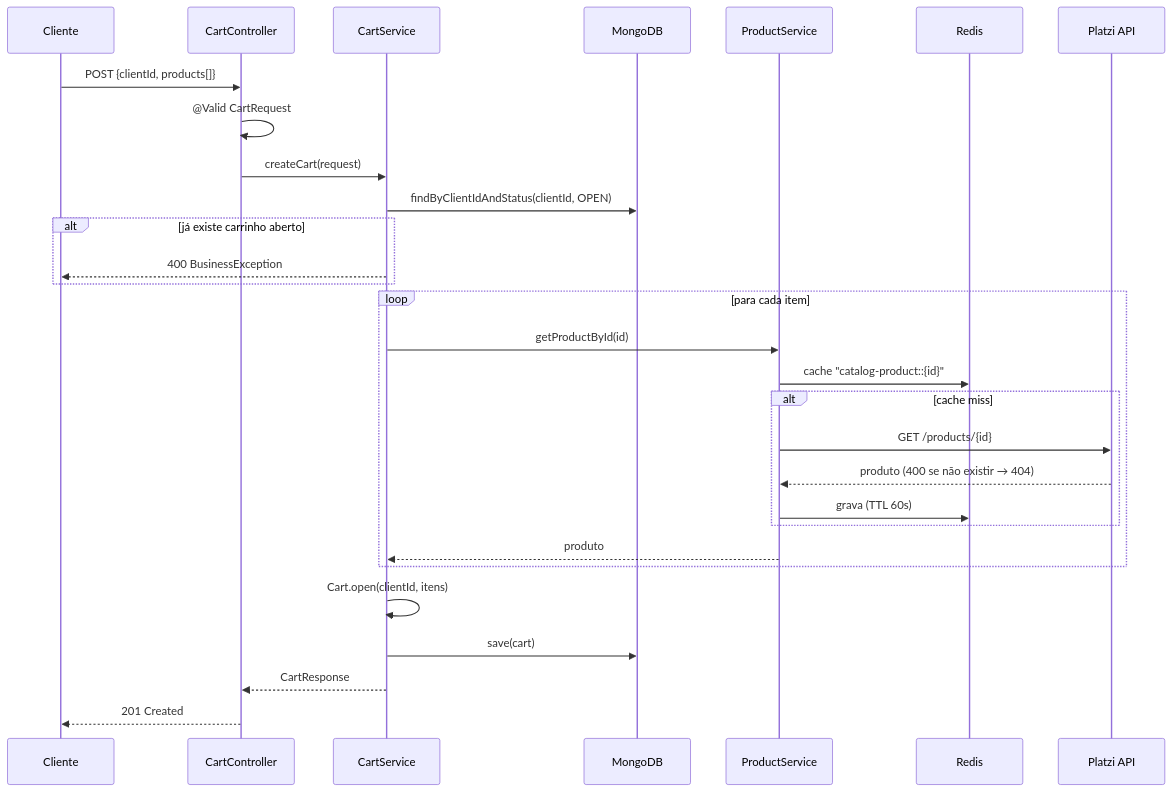
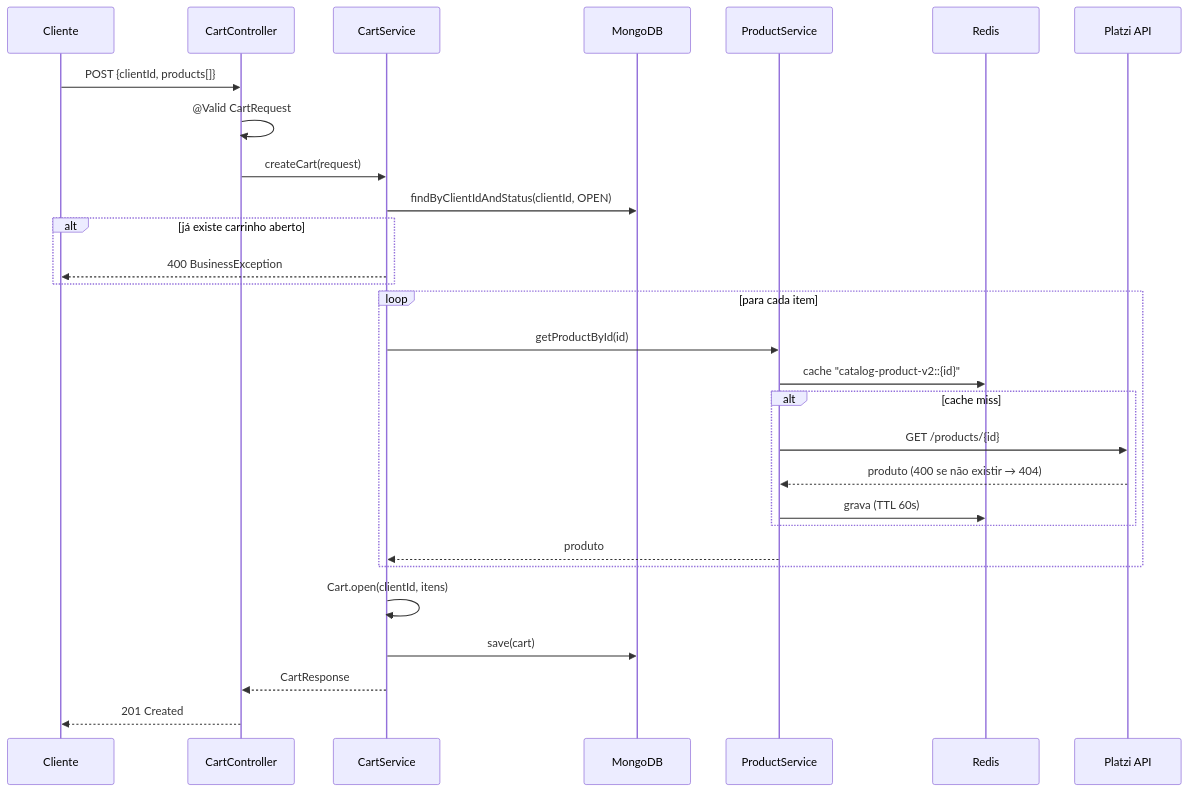
The fourth of 4 diagrams in docs/ARCHITECTURE.md (CarlosLonghi/API-ExpressCart), drawn with Mermaid before and after one commit. The commit also changed other lines of this file and 6 other files, not shown here.

````diff
--- a/docs/ARCHITECTURE.md
+++ b/docs/ARCHITECTURE.md
@@ -137,32 +137,32 @@
 ```mermaid
 sequenceDiagram
     participant C as Cliente
     participant CC as CartController
     participant CS as CartService
     participant DB as MongoDB
     participant PS as ProductService
     participant R as Redis
     participant P as Platzi API
 
     C->>CC: POST {clientId, products[]}
     CC->>CC: @Valid CartRequest
     CC->>CS: createCart(request)
     CS->>DB: findByClientIdAndStatus(clientId, OPEN)
     alt já existe carrinho aberto
         CS-->>C: 400 BusinessException
     end
     loop para cada item
         CS->>PS: getProductById(id)
-        PS->>R: cache "catalog-product::{id}"
+        PS->>R: cache "catalog-product-v2::{id}"
         alt cache miss
             PS->>P: GET /products/{id}
             P-->>PS: produto (400 se não existir → 404)
             PS->>R: grava (TTL 60s)
         end
         PS-->>CS: produto
     end
     CS->>CS: Cart.open(clientId, itens)
     CS->>DB: save(cart)
     CS-->>CC: CartResponse
     CC-->>C: 201 Created
 ```
````
